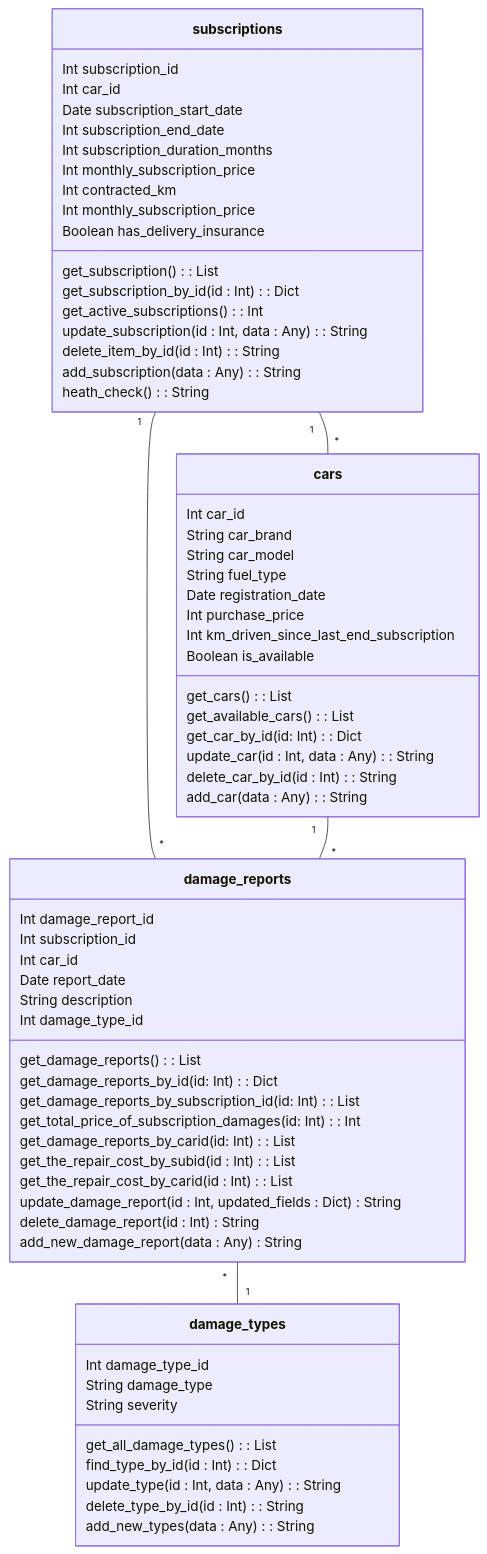
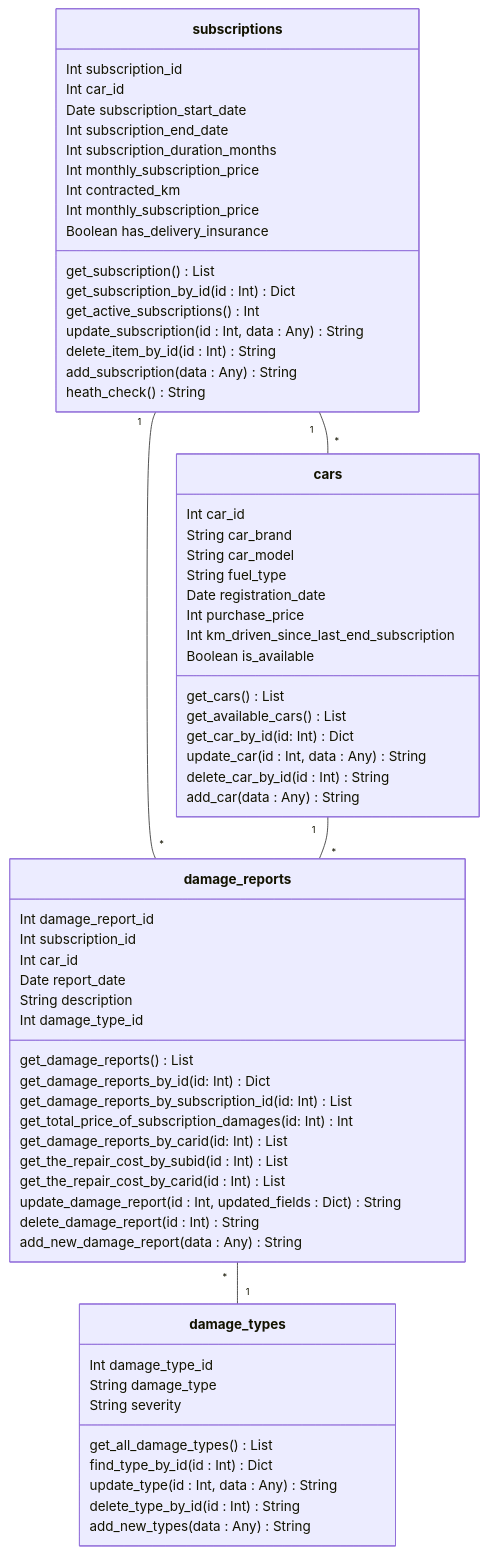
The first of 2 diagrams in profile/README.md (Bilabonnement-eksamensopgave-2024/.github), drawn with Mermaid before and after one commit.

Commit message:
update domain model

````diff
--- a/profile/README.md
+++ b/profile/README.md
@@ -45,73 +45,73 @@
 ```mermaid
 classDiagram
     class subscriptions {
         Int subscription_id
         Int car_id
         Date subscription_start_date
         Int subscription_end_date
         Int subscription_duration_months
         Int monthly_subscription_price
         Int contracted_km
         Int monthly_subscription_price
         Boolean has_delivery_insurance
-        get_subscription() : List
-        get_subscription_by_id(id : Int) : Dict
-        get_active_subscriptions() : Int
-        update_subscription(id : Int, data : Any) : String
-        delete_item_by_id(id : Int) : String
-        add_subscription(data : Any) : String
-        heath_check() : String
+        get_subscription()  List
+        get_subscription_by_id(id : Int)  Dict
+        get_active_subscriptions()  Int
+        update_subscription(id : Int, data : Any)  String
+        delete_item_by_id(id : Int)  String
+        add_subscription(data : Any)  String
+        heath_check()  String
     }
 
     class cars {
         Int car_id
         String car_brand
         String car_model
         String fuel_type
         Date registration_date
         Int purchase_price
         Int km_driven_since_last_end_subscription
         Boolean is_available
-        get_cars() : List
-        get_available_cars() : List
-        get_car_by_id(id: Int) : Dict
-        update_car(id : Int, data : Any) : String
-        delete_car_by_id(id : Int) : String
-        add_car(data : Any) : String
+        get_cars()  List
+        get_available_cars()  List
+        get_car_by_id(id: Int)  Dict
+        update_car(id : Int, data : Any)  String
+        delete_car_by_id(id : Int)  String
+        add_car(data : Any)  String
     }
 
     class damage_reports {
         Int damage_report_id
         Int subscription_id
         Int car_id
         Date report_date
         String description
         Int damage_type_id
-        get_damage_reports() : List
-        get_damage_reports_by_id(id: Int) : Dict
-        get_damage_reports_by_subscription_id(id: Int) : List
-        get_total_price_of_subscription_damages(id: Int) : Int
-        get_damage_reports_by_carid(id: Int) : List
-        get_the_repair_cost_by_subid(id : Int) : List
-        get_the_repair_cost_by_carid(id : Int) : List
+        get_damage_reports()  List
+        get_damage_reports_by_id(id: Int)  Dict
+        get_damage_reports_by_subscription_id(id: Int)  List
+        get_total_price_of_subscription_damages(id: Int)  Int
+        get_damage_reports_by_carid(id: Int)  List
+        get_the_repair_cost_by_subid(id : Int)  List
+        get_the_repair_cost_by_carid(id : Int)  List
         update_damage_report(id : Int, updated_fields : Dict) String
         delete_damage_report(id : Int) String
         add_new_damage_report(data : Any) String
     }
 
     class damage_types {
         Int damage_type_id
         String damage_type
         String severity
-        get_all_damage_types() : List
-        find_type_by_id(id : Int) : Dict
-        update_type(id : Int, data : Any) : String
-        delete_type_by_id(id : Int) : String
-        add_new_types(data : Any) : String
+        get_all_damage_types()  List
+        find_type_by_id(id : Int)  Dict
+        update_type(id : Int, data : Any)  String
+        delete_type_by_id(id : Int)  String
+        add_new_types(data : Any)  String
     }
 
     subscriptions "1" -- "*" cars
     damage_reports "*" -- "1" damage_types
     subscriptions "1" -- "*" damage_reports
     cars "1" -- "*" damage_reports
 ```
````
